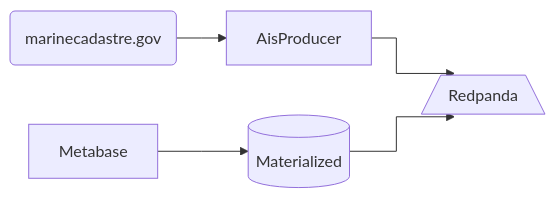
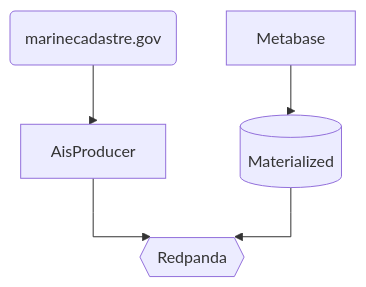
Before and after one commit to marcelmaatkamp/AisMarineCadastreDataInMetabase: the diagram in README.md, drawn with Mermaid.

Commit message:
mermaidjs

````diff
--- a/README.md
+++ b/README.md
@@ -5,12 +5,12 @@
 ```mermaid
 %%{ init: { 'flowchart': { 'curve': 'stepBefore' } } }%%
-flowchart LR
+flowchart TD
     marinecadastre.gov(marinecadastre.gov)-->AisProducer
-    AisProducer-->Redpanda[/Redpanda\]
+    AisProducer-->Redpanda{{Redpanda}}
     Materialized[(Materialized)]-->Redpanda
     Metabase-->Materialized
     click marinecadastre.gov "https://marinecadastre.gov/ais" _blank
     click AisProducer "https://github.com/marcelmaatkamp/AisMarineCadastreDataInMetabase/tree/master/application/producer/java/AisProducer" "Open this in a new tab" _blank
     click C href "https://www.github.com" _blank
     click D href "https://www.github.com" "Open this in a new tab" _blank
 ```
````
